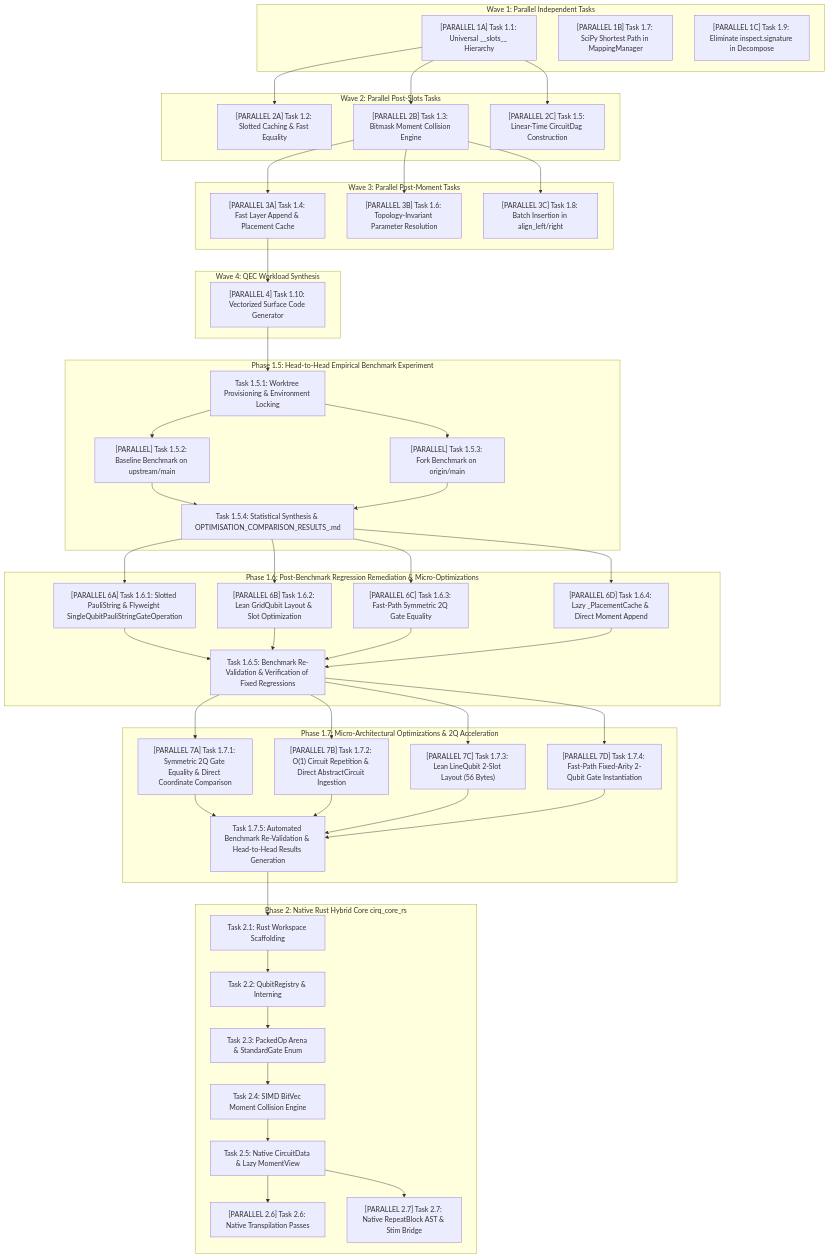
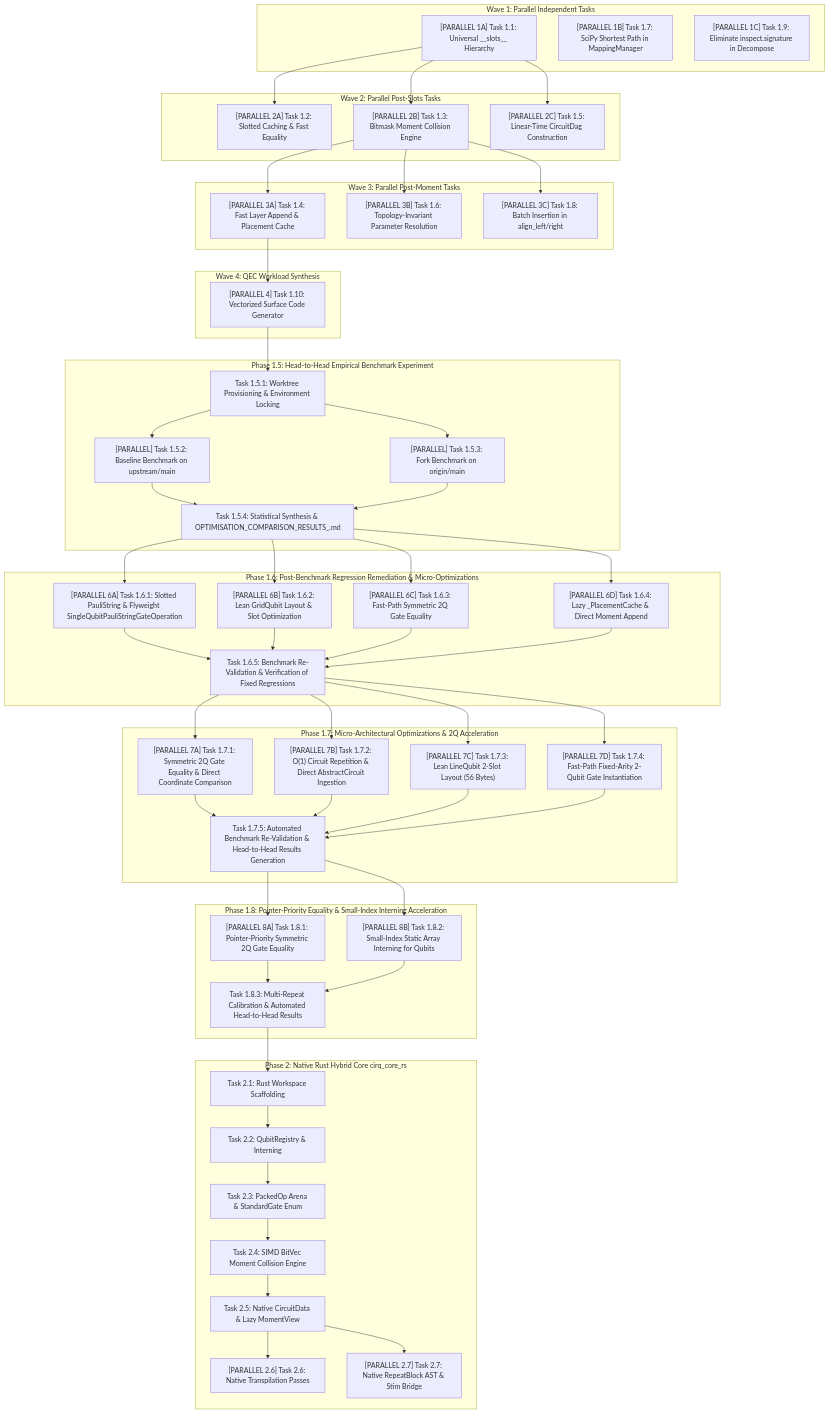
The diagram in TASKS.md (akushnarov/Cirq), drawn with Mermaid before and after one commit. The commit also changed other lines of this file, not shown here.

Commit message:
docs(tasks): formalize Phase 1.8 pointer-priority equality and small-index interning tasks

````diff
--- a/TASKS.md
+++ b/TASKS.md
@@ -243,6 +246,17 @@
     T1_7_3 --> T1_7_5
     T1_7_4 --> T1_7_5
 
+    subgraph "Phase 1.8: Pointer-Priority Equality & Small-Index Interning Acceleration"
+        T1_8_1["[PARALLEL 8A] Task 1.8.1: Pointer-Priority Symmetric 2Q Gate Equality"]
+        T1_8_2["[PARALLEL 8B] Task 1.8.2: Small-Index Static Array Interning for Qubits"]
+        T1_8_3["Task 1.8.3: Multi-Repeat Calibration & Automated Head-to-Head Results"]
+    end
+
+    T1_7_5 --> T1_8_1
+    T1_7_5 --> T1_8_2
+    T1_8_1 --> T1_8_3
+    T1_8_2 --> T1_8_3
+
     subgraph "Phase 2: Native Rust Hybrid Core cirq_core_rs"
         T2_1[Task 2.1: Rust Workspace Scaffolding] --> T2_2[Task 2.2: QubitRegistry & Interning]
         T2_2 --> T2_3[Task 2.3: PackedOp Arena & StandardGate Enum]
@@ -252,5 +266,5 @@
         T2_5 --> T2_7["[PARALLEL 2.7] Task 2.7: Native RepeatBlock AST & Stim Bridge"]
     end
 
-    T1_7_5 --> T2_1
+    T1_8_3 --> T2_1
 ```
````
